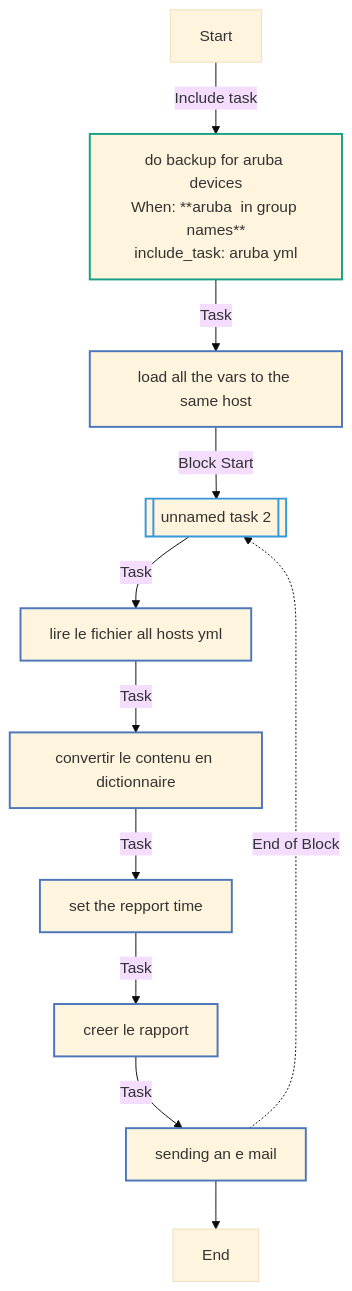
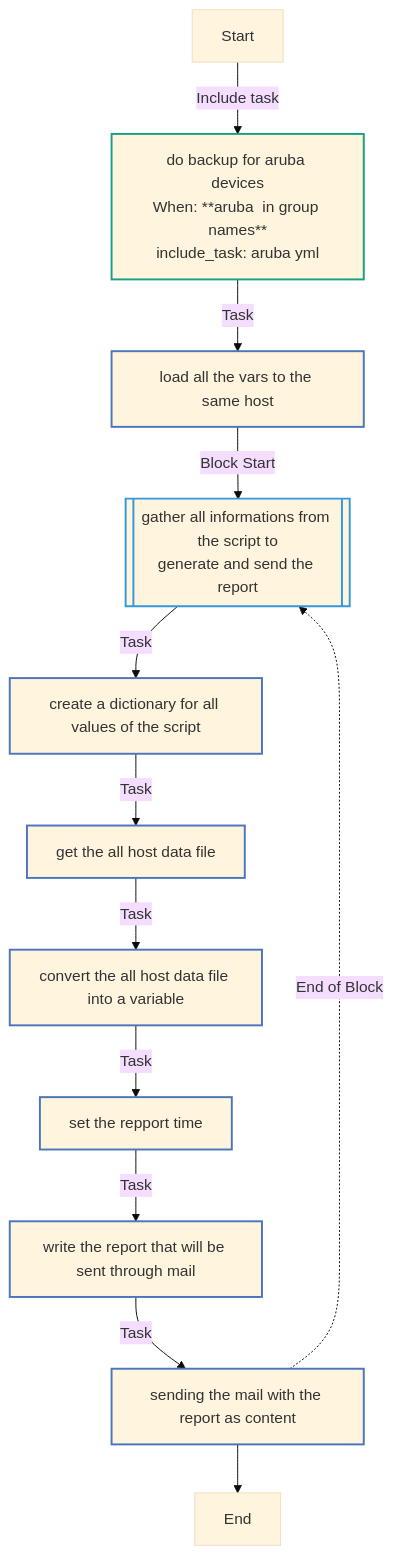
The second of 4 diagrams in backup_readme.md (Enabo/Perso_tests), drawn with Mermaid (base theme) before and after one commit. The commit also changed other lines of this file, not shown here.

````diff
--- a/backup_readme.md
+++ b/backup_readme.md
@@ -96,23 +97,24 @@
 ```mermaid
 flowchart TD
 Start
 classDef block stroke:#3498db,stroke-width:2px;
 classDef task stroke:#4b76bb,stroke-width:2px;
 classDef includeTasks stroke:#16a085,stroke-width:2px;
 classDef importTasks stroke:#34495e,stroke-width:2px;
 classDef includeRole stroke:#2980b9,stroke-width:2px;
 classDef importRole stroke:#699ba7,stroke-width:2px;
 classDef includeVars stroke:#8e44ad,stroke-width:2px;
 classDef rescue stroke:#665352,stroke-width:2px;
 
   Start-->|Include task| aruba_yml0[do backup for aruba devices<br>When: **aruba  in group names**<br>include_task: aruba yml]:::includeTasks
   aruba_yml0-->|Task| load_all_the_vars_to_the_same_host1[load all the vars to the same host]:::task
-  load_all_the_vars_to_the_same_host1-->|Block Start| Unnamed_task_22_block_start_0[[unnamed task 2]]:::block
-  Unnamed_task_22_block_start_0-->|Task| Lire_le_fichier_ALL_hosts_yml0[lire le fichier all hosts yml]:::task
-  Lire_le_fichier_ALL_hosts_yml0-->|Task| Convertir_le_contenu_en_dictionnaire1[convertir le contenu en dictionnaire]:::task
-  Convertir_le_contenu_en_dictionnaire1-->|Task| set_the_repport_time2[set the repport time]:::task
-  set_the_repport_time2-->|Task| Creer_le_rapport3[creer le rapport]:::task
-  Creer_le_rapport3-->|Task| Sending_an_e_mail4[sending an e mail]:::task
-  Sending_an_e_mail4-.->|End of Block| Unnamed_task_22_block_start_0
-  Sending_an_e_mail4-->End
+  load_all_the_vars_to_the_same_host1-->|Block Start| gather_all_informations_from_the_script_to_generate_and_send_the_report2_block_start_0[[gather all informations from the script to<br>generate and send the report]]:::block
+  gather_all_informations_from_the_script_to_generate_and_send_the_report2_block_start_0-->|Task| Create_a_dictionary_for_all_values_of_the_script0[create a dictionary for all values of the script]:::task
+  Create_a_dictionary_for_all_values_of_the_script0-->|Task| Get_the_ALL_host_data_file1[get the all host data file]:::task
+  Get_the_ALL_host_data_file1-->|Task| Convert_the_ALL_host_data_file_into_a_variable2[convert the all host data file into a variable]:::task
+  Convert_the_ALL_host_data_file_into_a_variable2-->|Task| set_the_repport_time3[set the repport time]:::task
+  set_the_repport_time3-->|Task| Write_the_report_that_will_be_sent_through_mail4[write the report that will be sent through mail]:::task
+  Write_the_report_that_will_be_sent_through_mail4-->|Task| Sending_the_mail_with_the_report_as_content5[sending the mail with the report as content]:::task
+  Sending_the_mail_with_the_report_as_content5-.->|End of Block| gather_all_informations_from_the_script_to_generate_and_send_the_report2_block_start_0
+  Sending_the_mail_with_the_report_as_content5-->End
 ```
````
